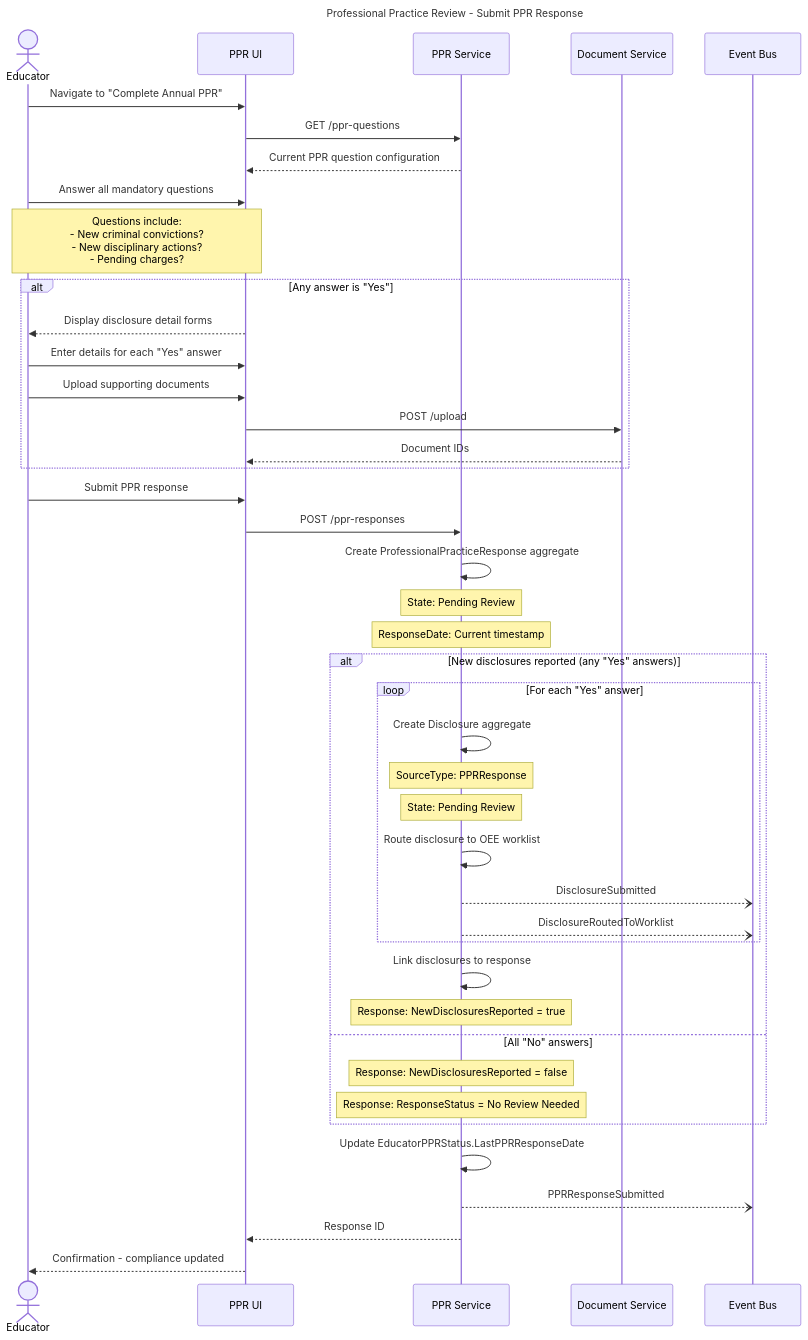
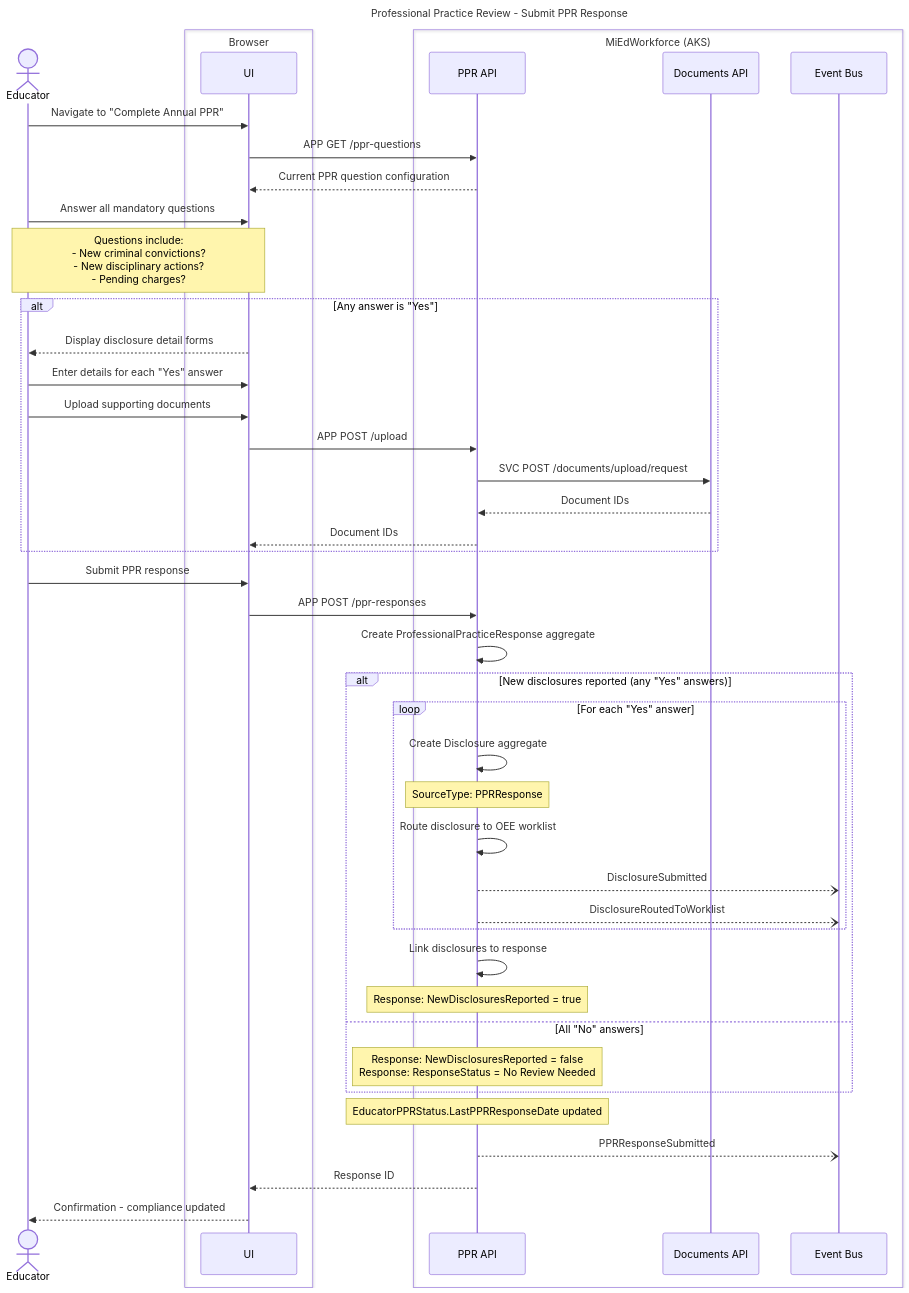
One commit to mnichols-dl/mied-design changed the second of 15 diagrams in working-docs/solution-areas/profpractice/profpractice-sequences.md. Above: the diagram before and after it, drawn with Mermaid. The commit also changed other lines of this file and 34 other files, not shown here.

Commit message:
Update sequences and perform RTM assessment

````diff
--- a/working-docs/solution-areas/profpractice/profpractice-sequences.md
+++ b/working-docs/solution-areas/profpractice/profpractice-sequences.md
@@ -84,59 +92,61 @@
 ```mermaid
 ---
 title: Professional Practice Review - Submit PPR Response
 ---
 sequenceDiagram
     actor Educator
-    participant UI as PPR UI
-    participant PPRService as PPR Service
-    participant DocService as Document Service
-    participant EventBus as Event Bus
+    box Browser
+        participant UI as UI
+    end
+    box MiEdWorkforce (AKS)
+        participant PprApi as PPR API
+        participant DocsApi as Documents API
+        participant EventBus as Event Bus
+    end
     
     Educator->>UI: Navigate to "Complete Annual PPR"
-    UI->>PPRService: GET /ppr-questions
-    PPRService-->>UI: Current PPR question configuration
+    UI->>PprApi: APP GET /ppr-questions
+    PprApi-->>UI: Current PPR question configuration
     
     Educator->>UI: Answer all mandatory questions
     Note over Educator,UI: Questions include:<br/>- New criminal convictions?<br/>- New disciplinary actions?<br/>- Pending charges?
     
     alt Any answer is "Yes"
         UI-->>Educator: Display disclosure detail forms
         
         Educator->>UI: Enter details for each "Yes" answer
         Educator->>UI: Upload supporting documents
-        UI->>DocService: POST /upload
-        DocService-->>UI: Document IDs
+        UI->>PprApi: APP POST /upload
+        PprApi->>DocsApi: SVC POST /documents/upload/request
+        DocsApi-->>PprApi: Document IDs
+        PprApi-->>UI: Document IDs
     end
     
     Educator->>UI: Submit PPR response
-    UI->>PPRService: POST /ppr-responses
+    UI->>PprApi: APP POST /ppr-responses
     
-    PPRService->>PPRService: Create ProfessionalPracticeResponse aggregate
-    Note over PPRService: State: Pending Review
-    Note over PPRService: ResponseDate: Current timestamp
+    PprApi->>PprApi: Create ProfessionalPracticeResponse aggregate
     
     alt New disclosures reported (any "Yes" answers)
         loop For each "Yes" answer
-            PPRService->>PPRService: Create Disclosure aggregate
-            Note over PPRService: SourceType: PPRResponse
-            Note over PPRService: State: Pending Review
+            PprApi->>PprApi: Create Disclosure aggregate
+            Note over PprApi: SourceType: PPRResponse
             
-            PPRService->>PPRService: Route disclosure to OEE worklist
-            PPRService--)EventBus: DisclosureSubmitted
-            PPRService--)EventBus: DisclosureRoutedToWorklist
+            PprApi->>PprApi: Route disclosure to OEE worklist
+            PprApi--)EventBus: DisclosureSubmitted
+            PprApi--)EventBus: DisclosureRoutedToWorklist
         end
         
-        PPRService->>PPRService: Link disclosures to response
-        Note over PPRService: Response: NewDisclosuresReported = true
+        PprApi->>PprApi: Link disclosures to response
+        Note over PprApi: Response: NewDisclosuresReported = true
     else All "No" answers
-        Note over PPRService: Response: NewDisclosuresReported = false
-        Note over PPRService: Response: ResponseStatus = No Review Needed
+        Note over PprApi: Response: NewDisclosuresReported = false<br/>Response: ResponseStatus = No Review Needed
     end
     
-    PPRService->>PPRService: Update EducatorPPRStatus.LastPPRResponseDate
+    Note over PprApi: EducatorPPRStatus.LastPPRResponseDate updated
     
-    PPRService--)EventBus: PPRResponseSubmitted
+    PprApi--)EventBus: PPRResponseSubmitted
     
-    PPRService-->>UI: Response ID
+    PprApi-->>UI: Response ID
     UI-->>Educator: Confirmation - compliance updated
 ```
````
